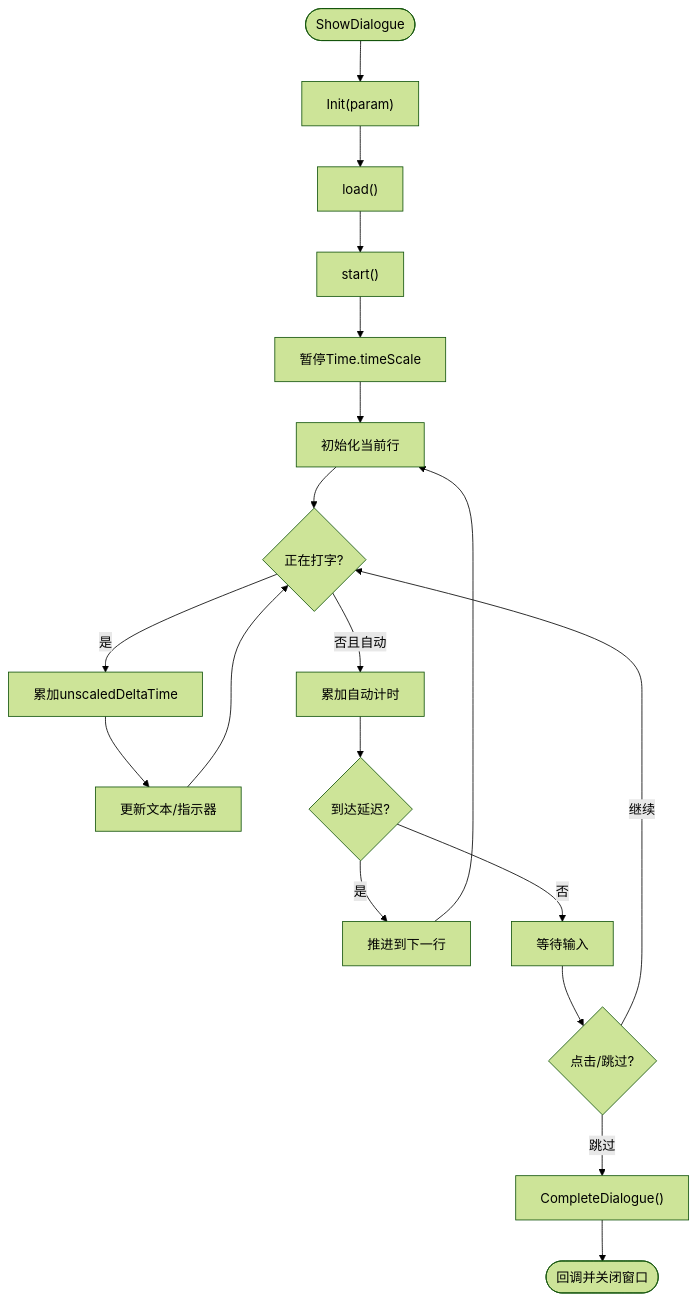
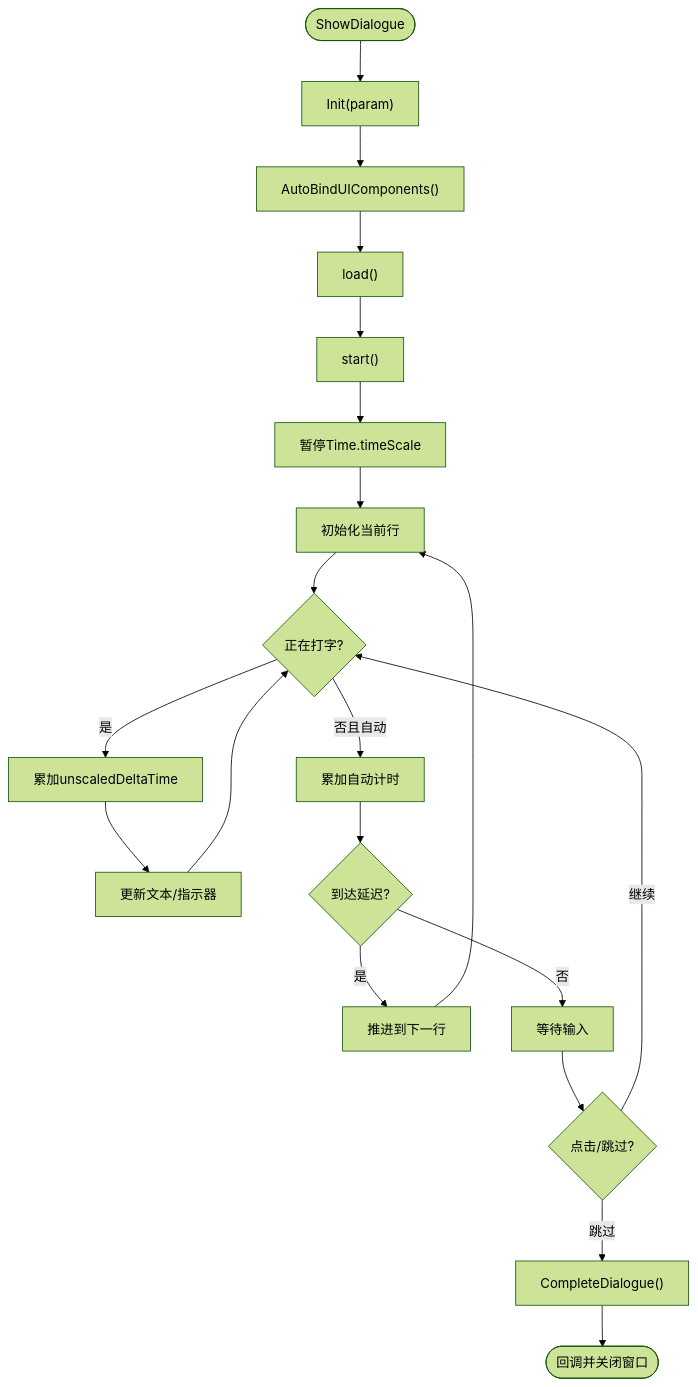
Before and after one commit to Tuusen/p1_client: the eighth of 9 diagrams in .qoder/repowiki/zh/content/用户界面系统/窗口管理系统.md, drawn with Mermaid (forest theme). The commit also changed other lines of this file and 6 other files, not shown here.

````diff
--- a/.qoder/repowiki/zh/content/用户界面系统/窗口管理系统.md
+++ b/.qoder/repowiki/zh/content/用户界面系统/窗口管理系统.md
@@ -411,21 +428,22 @@
 ```mermaid
 flowchart TD
 Start(["ShowDialogue"]) --> InitParam["Init(param)"]
-InitParam --> LoadStage["load()"]
+InitParam --> AutoBind["AutoBindUIComponents()"]
+AutoBind --> LoadStage["load()"]
 LoadStage --> StartStage["start()"]
 StartStage --> Pause["暂停Time.timeScale"]
 Pause --> InitLine["初始化当前行"]
 InitLine --> Typing{"正在打字?"}
 Typing --> |是| Tick["累加unscaledDeltaTime"]
 Tick --> UpdateText["更新文本/指示器"]
 UpdateText --> Typing
 Typing --> |否且自动| AutoTick["累加自动计时"]
 AutoTick --> AutoAdvance{"到达延迟?"}
 AutoAdvance --> |是| NextLine["推进到下一行"]
 AutoAdvance --> |否| Wait["等待输入"]
 NextLine --> InitLine
 Wait --> Click{"点击/跳过?"}
 Click --> |跳过| Complete["CompleteDialogue()"]
 Click --> |继续| Typing
 Complete --> End(["回调并关闭窗口"])
 ```
````
